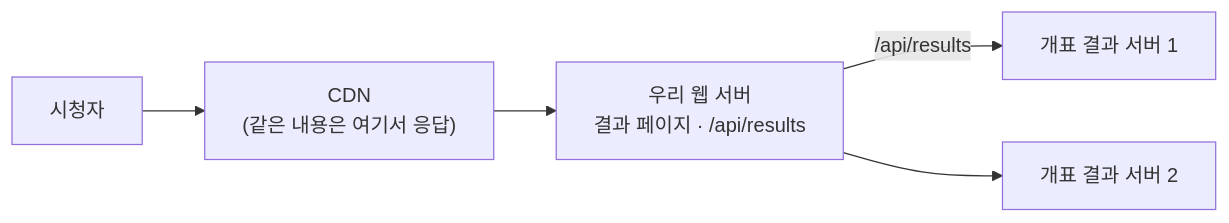
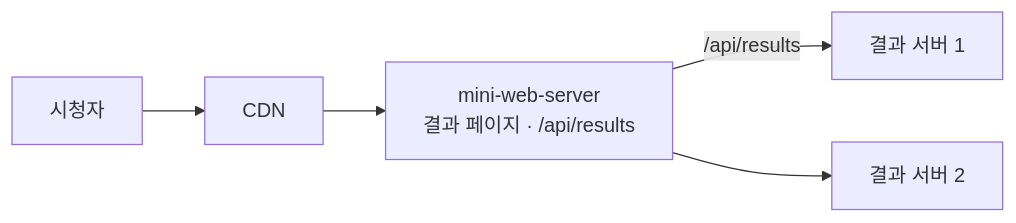
One commit to 1224kang/mini-web-server changed the third of 4 diagrams in README.md. Above: the diagram before and after it, drawn with Mermaid. The commit also changed other lines of this file, not shown here.

````diff
--- a/README.md
+++ b/README.md
@@ -215,7 +187,7 @@
 ```mermaid
 flowchart LR
-    U["시청자"] --> CDN["CDN<br/>(같은 내용은 여기서 응답)"]
-    CDN --> W["우리 웹 서버<br/>결과 페이지 · /api/results"]
-    W -->|"/api/results"| R1["개표 결과 서버 1"]
-    W --> R2["개표 결과 서버 2"]
+    U["시청자"] --> CDN["CDN"]
+    CDN --> W["mini-web-server<br/>결과 페이지 · /api/results"]
+    W -->|"/api/results"| R1["결과 서버 1"]
+    W --> R2["결과 서버 2"]
 ```
````
